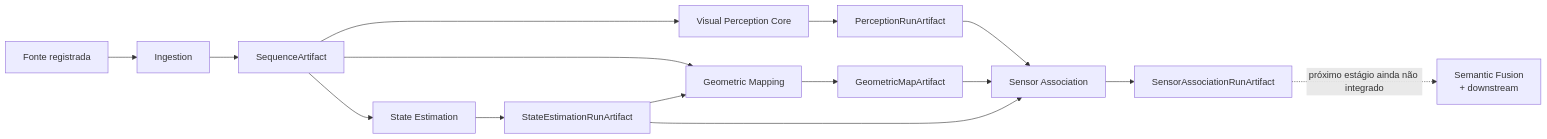
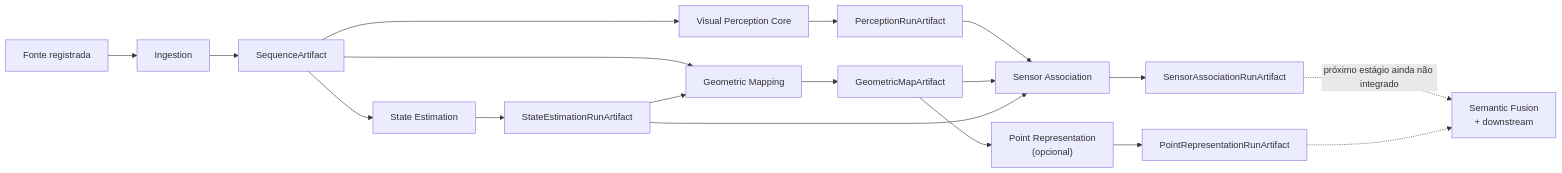
The second of 18 diagrams in docs/PIPELINE.md (Alexandre-Tortoza/contextmap2), drawn with Mermaid before and after one commit. The commit also changed other lines of this file and 6 other files, not shown here.

````diff
--- a/docs/PIPELINE.md
+++ b/docs/PIPELINE.md
@@ -83,17 +83,20 @@
 ```mermaid
 flowchart LR
     RAW["Fonte registrada"] --> ING["Ingestion"]
     ING --> SEQ["SequenceArtifact"]
     SEQ --> VP["Visual Perception Core"]
     VP --> PRA["PerceptionRunArtifact"]
     SEQ --> ST["State Estimation"]
     ST --> TRA["StateEstimationRunArtifact"]
     SEQ --> GM["Geometric Mapping"]
     TRA --> GM
     GM --> MAPA["GeometricMapArtifact"]
     PRA --> SA["Sensor Association"]
     MAPA --> SA
     TRA --> SA
     SA --> ASA["SensorAssociationRunArtifact"]
+    MAPA --> PTR["Point Representation<br/>(opcional)"]
+    PTR --> PTRA["PointRepresentationRunArtifact"]
     ASA -. próximo estágio ainda não integrado .-> FUT["Semantic Fusion<br/>+ downstream"]
+    PTRA -.-> FUT
 ```
````
